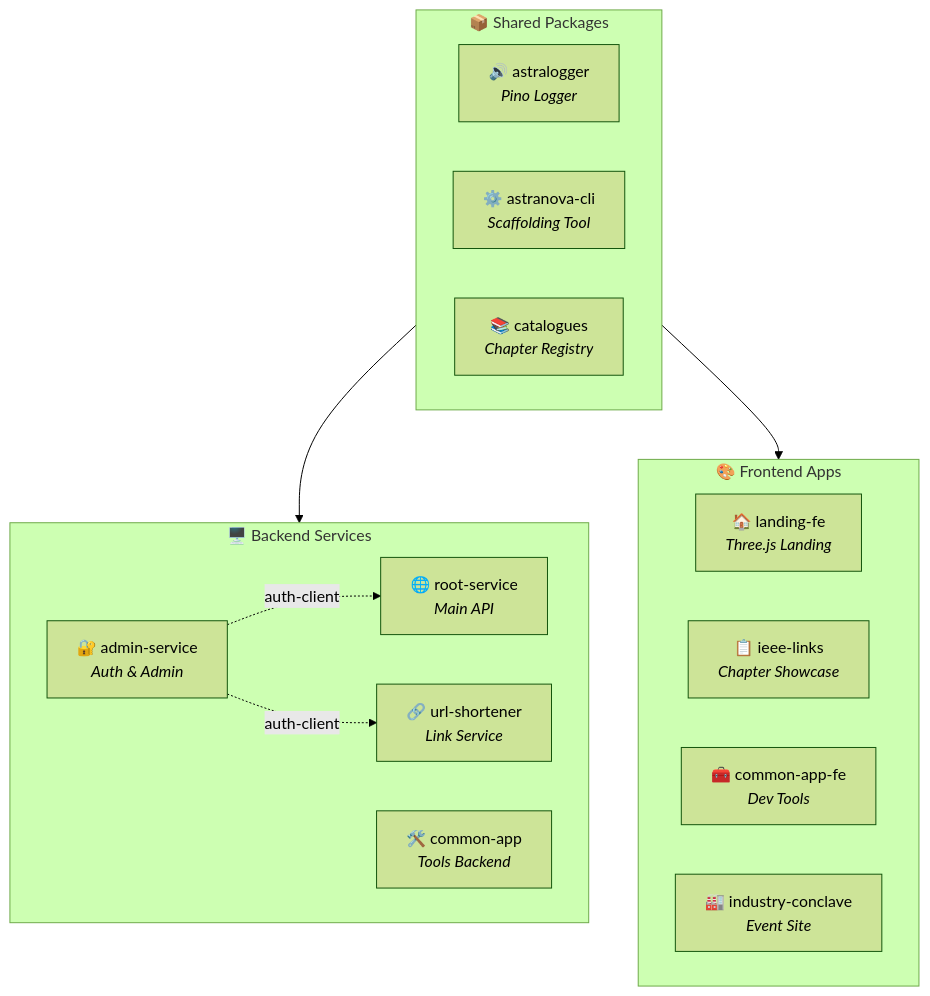
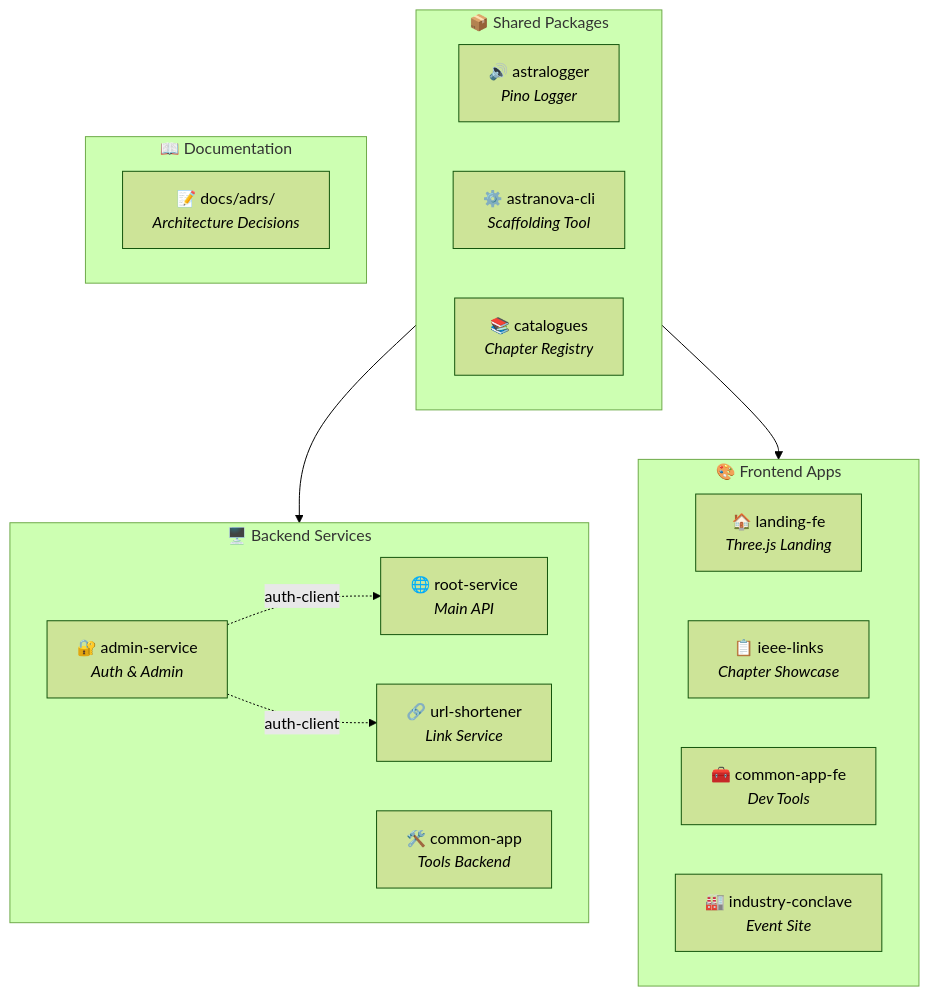
The diagram in README.md (IEEE-Ritb-Website/ieee-ritb-suite), drawn with Mermaid (forest theme) before and after one commit. The commit also changed other lines of this file and 16 other files, not shown here.

````diff
--- a/README.md
+++ b/README.md
@@ -164,27 +166,31 @@
 ```mermaid
 graph TB
     subgraph Packages["📦 Shared Packages"]
         AL["🔊 astralogger<br/><i>Pino Logger</i>"]
         CLI["⚙️ astranova-cli<br/><i>Scaffolding Tool</i>"]
         CAT["📚 catalogues<br/><i>Chapter Registry</i>"]
     end
 
     subgraph Backend["🖥️ Backend Services"]
         ROOT["🌐 root-service<br/><i>Main API</i>"]
         ADMIN["🔐 admin-service<br/><i>Auth & Admin</i>"]
         URL["🔗 url-shortener<br/><i>Link Service</i>"]
         COMMON["🛠️ common-app<br/><i>Tools Backend</i>"]
     end
 
     subgraph Frontend["🎨 Frontend Apps"]
         LAND["🏠 landing-fe<br/><i>Three.js Landing</i>"]
         LINKS["📋 ieee-links<br/><i>Chapter Showcase</i>"]
         TOOLS["🧰 common-app-fe<br/><i>Dev Tools</i>"]
         IND["🏭 industry-conclave<br/><i>Event Site</i>"]
     end
 
+    subgraph Docs["📖 Documentation"]
+        ADR["📝 docs/adrs/<br/><i>Architecture Decisions</i>"]
+    end
+
     Packages --> Backend
     Packages --> Frontend
     ADMIN -.->|"auth-client"| ROOT
     ADMIN -.->|"auth-client"| URL
 ```
````
